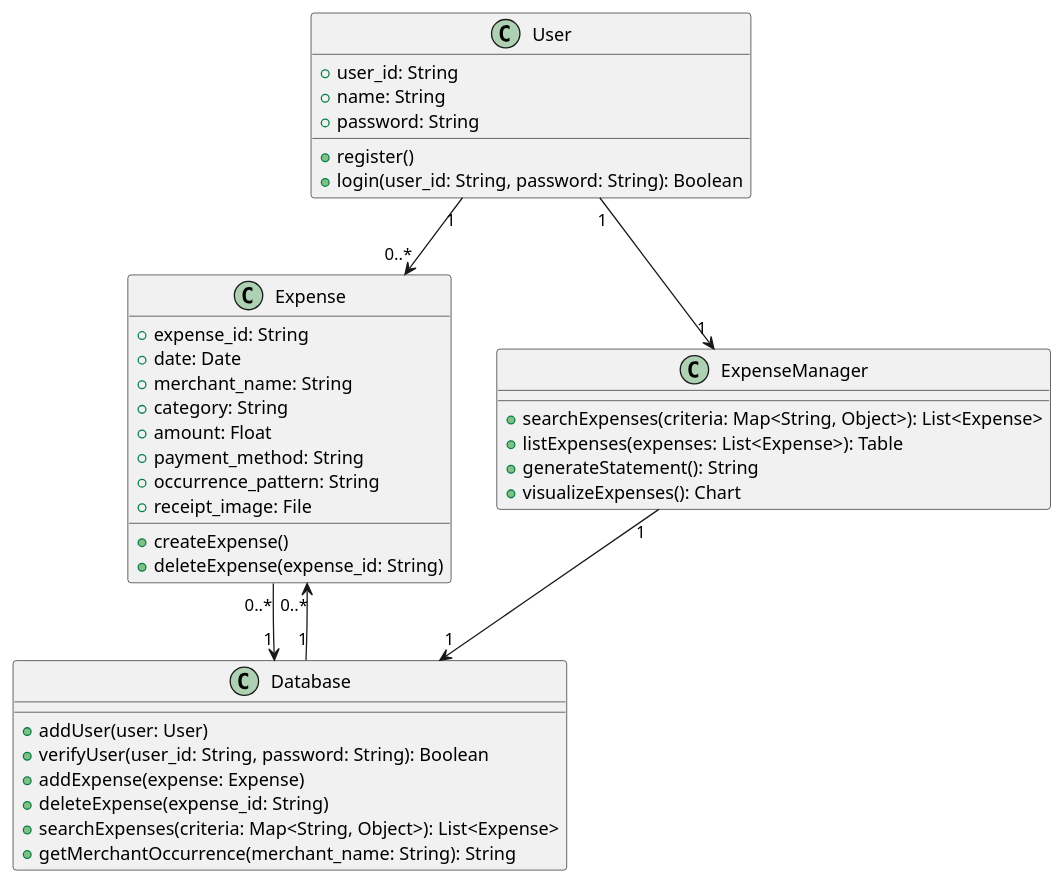
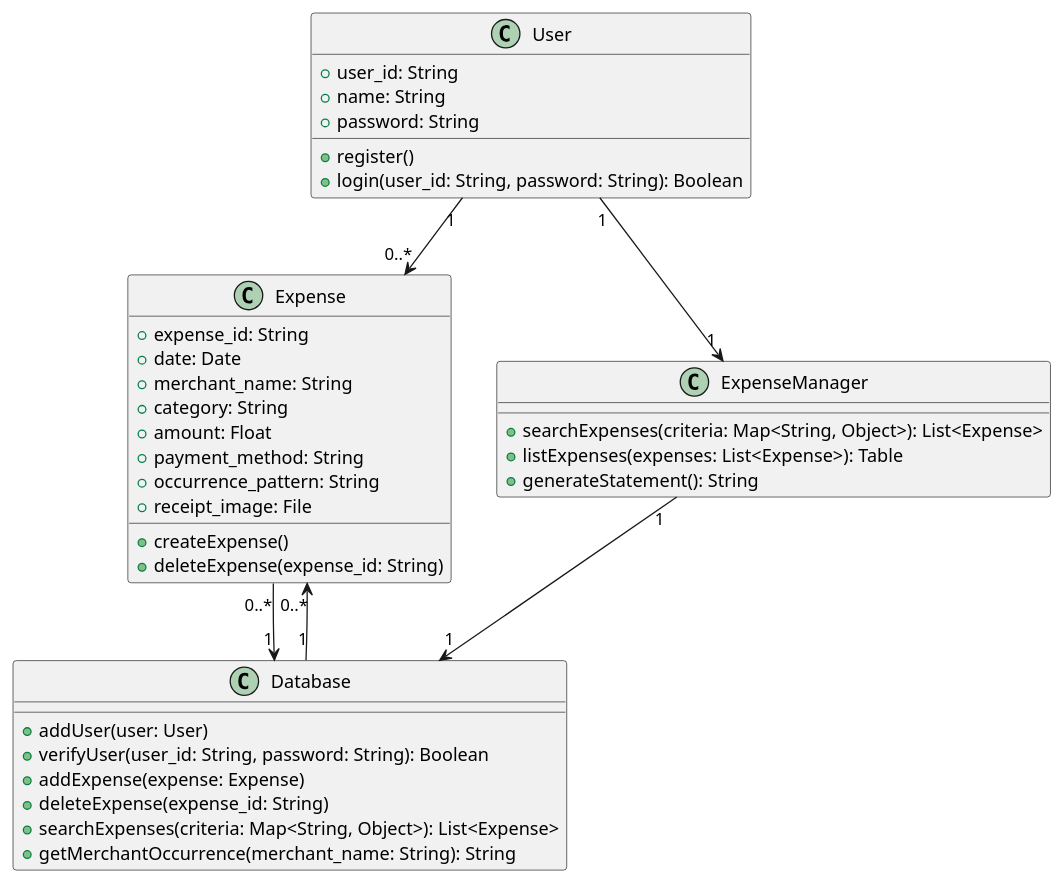
One commit to msu-denver/project-3-jayar-budgeting changed the diagram in uml/class.wsd. Above: the diagram before and after it, drawn with PlantUML. The commit also changed 7 other files, not shown here.

```diff
--- a/uml/class.wsd
+++ b/uml/class.wsd
@@ -1,45 +1,44 @@
 @startuml class
 class User {
     + user_id: String
     + name: String
     + password: String
     + register()
     + login(user_id: String, password: String): Boolean
 }
 
 class Expense {
     + expense_id: String
     + date: Date
     + merchant_name: String
     + category: String
     + amount: Float
     + payment_method: String
     + occurrence_pattern: String
     + receipt_image: File
     + createExpense()
     + deleteExpense(expense_id: String)
 }
 
 class ExpenseManager {
     + searchExpenses(criteria: Map<String, Object>): List<Expense>
     + listExpenses(expenses: List<Expense>): Table
     + generateStatement(): String
-    + visualizeExpenses(): Chart
 }
 
 class Database {
     + addUser(user: User)
     + verifyUser(user_id: String, password: String): Boolean
     + addExpense(expense: Expense)
     + deleteExpense(expense_id: String)
     + searchExpenses(criteria: Map<String, Object>): List<Expense>
     + getMerchantOccurrence(merchant_name: String): String
 }
 
 User "1" --> "0..*" Expense
 User "1" --> "1" ExpenseManager
 ExpenseManager "1" --> "1" Database
 Expense "0..*" --> "1" Database
 Database "1" --> "0..*" Expense
 
 @enduml
```
